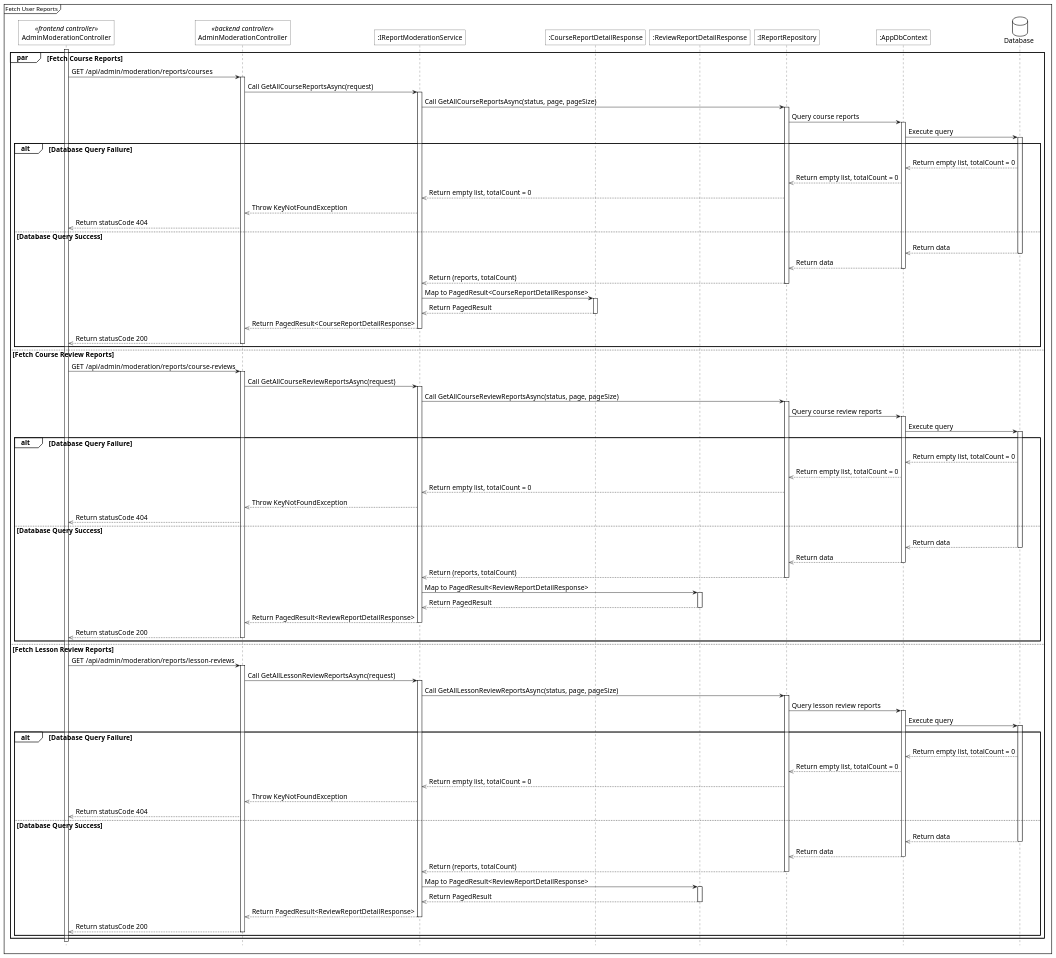
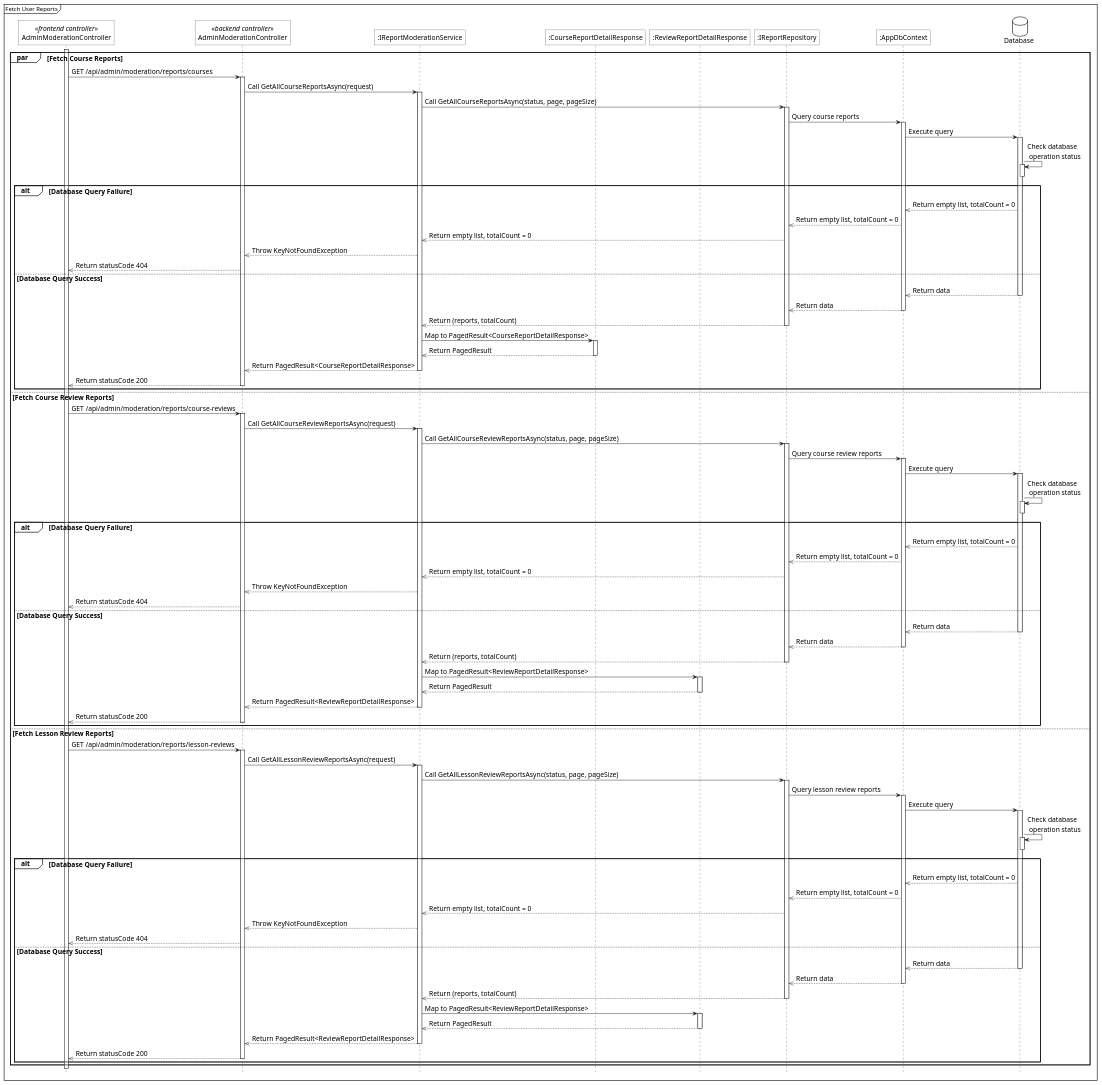
The diagram in diagrams/sequence/report/view_list_of_user_report/sq_fetch_user_reports.plantuml (1000do/Linked), drawn with PlantUML before and after one commit. The commit also changed 22 other files, not shown here.

Commit message:
update sequence of report, models, publish course

```diff
--- a/diagrams/sequence/report/view_list_of_user_report/sq_fetch_user_reports.plantuml
+++ b/diagrams/sequence/report/view_list_of_user_report/sq_fetch_user_reports.plantuml
@@ -1,136 +1,142 @@
 @startuml 
 <style>
     sequenceDiagram{
         FontSize 16
 
         arrow {
             ' Set the maximum width of the text on arrows
             MaximumWidth 300
 
         }
         actor{
             BackgroundColor white
             LineThickness 1.0
         }
         participant{
             BackgroundColor white
             RoundCorner 0
         }
         database{
             BackgroundColor white
         }
         groupHeader{
             BackgroundColor white
         }
         referenceHeader{
             BackgroundColor white
         }
         reference{
             BackgroundColor white
         }
     }
 </style>
 
 
 hide footbox
 mainframe Fetch User Reports
 
 participant "AdminModerationController" as fe_ctrl <<frontend controller>>
 participant "AdminModerationController" as be_ctrl <<backend controller>>
 participant ":IReportModerationService" as sv
 participant ":CourseReportDetailResponse" as c_res
 participant ":ReviewReportDetailResponse" as r_res
 participant ":IReportRepository" as repo
 participant ":AppDbContext" as ctx
 database Database as db
 
 fe_ctrl++
 par Fetch Course Reports
     fe_ctrl -> be_ctrl++: GET /api/admin/moderation/reports/courses
     be_ctrl -> sv++: Call GetAllCourseReportsAsync(request)
     sv -> repo++: Call GetAllCourseReportsAsync(status, page, pageSize)
     repo -> ctx++: Query course reports
     ctx -> db++: Execute query
+    db -> db++: Check database\n operation status
+    db--
     
     alt Database Query Failure
         db -->> ctx: Return empty list, totalCount = 0
         ctx -->> repo: Return empty list, totalCount = 0
         repo -->> sv: Return empty list, totalCount = 0
         sv -->> be_ctrl: Throw KeyNotFoundException
         be_ctrl -->> fe_ctrl: Return statusCode 404
     else Database Query Success
         db -->> ctx: Return data
         db--
         ctx -->> repo: Return data
         ctx--
         repo -->> sv: Return (reports, totalCount)
         repo--
         
         sv -> c_res++: Map to PagedResult<CourseReportDetailResponse>
         c_res -->> sv--: Return PagedResult
         
         sv -->> be_ctrl: Return PagedResult<CourseReportDetailResponse>
         sv--
         be_ctrl -->> fe_ctrl: Return statusCode 200
         be_ctrl--
     end
 else Fetch Course Review Reports
     fe_ctrl -> be_ctrl++: GET /api/admin/moderation/reports/course-reviews
     be_ctrl -> sv++: Call GetAllCourseReviewReportsAsync(request)
     sv -> repo++: Call GetAllCourseReviewReportsAsync(status, page, pageSize)
     repo -> ctx++: Query course review reports
     ctx -> db++: Execute query
+    db -> db++: Check database\n operation status
+    db--
     
     alt Database Query Failure
         db -->> ctx: Return empty list, totalCount = 0
         ctx -->> repo: Return empty list, totalCount = 0
         repo -->> sv: Return empty list, totalCount = 0
         sv -->> be_ctrl: Throw KeyNotFoundException
         be_ctrl -->> fe_ctrl: Return statusCode 404
     else Database Query Success
         db -->> ctx: Return data
         db--
         ctx -->> repo: Return data
         ctx--
         repo -->> sv: Return (reports, totalCount)
         repo--
         
         sv -> r_res++: Map to PagedResult<ReviewReportDetailResponse>
         r_res -->> sv--: Return PagedResult
         
         sv -->> be_ctrl: Return PagedResult<ReviewReportDetailResponse>
         sv--
         be_ctrl -->> fe_ctrl: Return statusCode 200
         be_ctrl--
     end
 else Fetch Lesson Review Reports
     fe_ctrl -> be_ctrl++: GET /api/admin/moderation/reports/lesson-reviews
     be_ctrl -> sv++: Call GetAllLessonReviewReportsAsync(request)
     sv -> repo++: Call GetAllLessonReviewReportsAsync(status, page, pageSize)
     repo -> ctx++: Query lesson review reports
     ctx -> db++: Execute query
+    db -> db++: Check database\n operation status
+    db--
     
     alt Database Query Failure
         db -->> ctx: Return empty list, totalCount = 0
         ctx -->> repo: Return empty list, totalCount = 0
         repo -->> sv: Return empty list, totalCount = 0
         sv -->> be_ctrl: Throw KeyNotFoundException
         be_ctrl -->> fe_ctrl: Return statusCode 404
     else Database Query Success
         db -->> ctx: Return data
         db--
         ctx -->> repo: Return data
         ctx--
         repo -->> sv: Return (reports, totalCount)
         repo--
         
         sv -> r_res++: Map to PagedResult<ReviewReportDetailResponse>
         r_res -->> sv--: Return PagedResult
         
         sv -->> be_ctrl: Return PagedResult<ReviewReportDetailResponse>
         sv--
         be_ctrl -->> fe_ctrl: Return statusCode 200
         be_ctrl--
     end
 end
 @enduml
```
